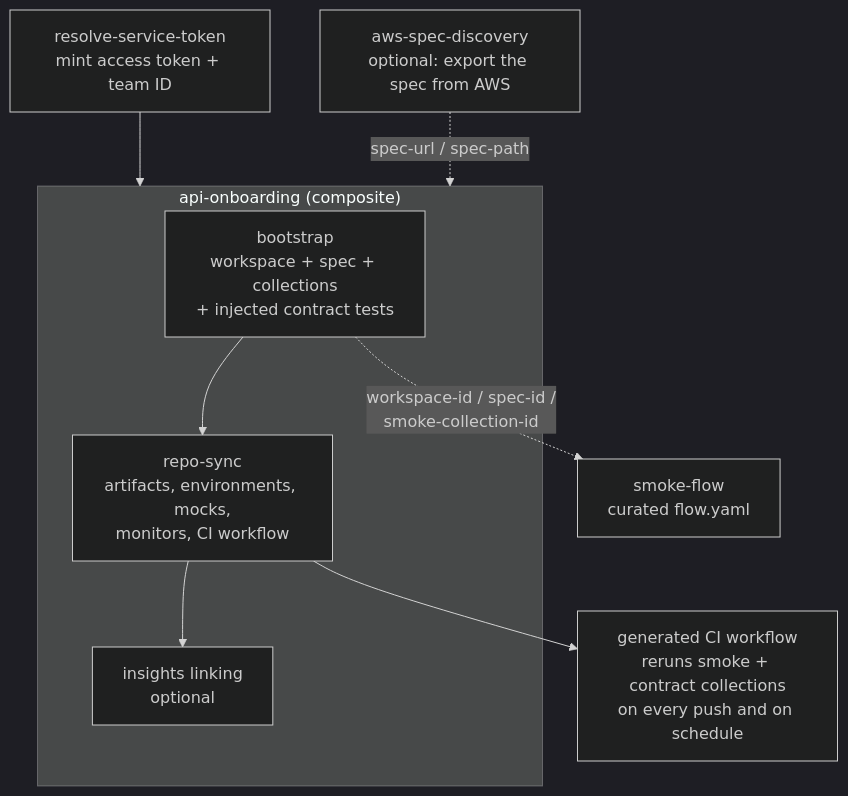
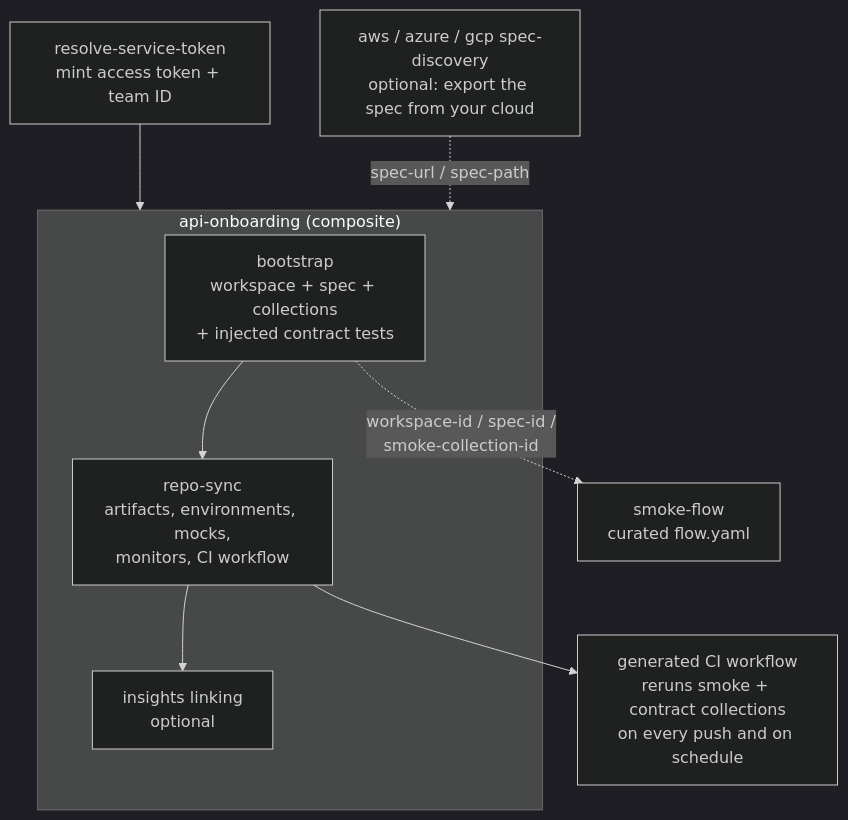
Before and after one commit to postman-cs/.github: the diagram in profile/README.md, drawn with Mermaid (dark theme). The commit also changed other lines of this file, not shown here.

Commit message:
docs: add Azure and GCP spec discovery to the onboarding suite

````diff
--- a/profile/README.md
+++ b/profile/README.md
@@ -27,11 +29,11 @@
 ```mermaid
 flowchart TB
     TOKEN["resolve-service-token<br/>mint access token + team ID"] --> COMP
-    AWS["aws-spec-discovery<br/>optional: export the spec from AWS"] -.->|"spec-url / spec-path"| COMP
+    CLOUD["aws / azure / gcp spec-discovery<br/>optional: export the spec from your cloud"] -.->|"spec-url / spec-path"| COMP
     subgraph COMP["api-onboarding (composite)"]
         B["bootstrap<br/>workspace + spec + collections<br/>+ injected contract tests"] --> RS["repo-sync<br/>artifacts, environments, mocks,<br/>monitors, CI workflow"]
         RS --> INS["insights linking<br/>optional"]
     end
     B -.->|"workspace-id / spec-id /<br/>smoke-collection-id"| SF["smoke-flow<br/>curated flow.yaml"]
     RS --> CI["generated CI workflow<br/>reruns smoke + contract collections<br/>on every push and on schedule"]
 ```
````
